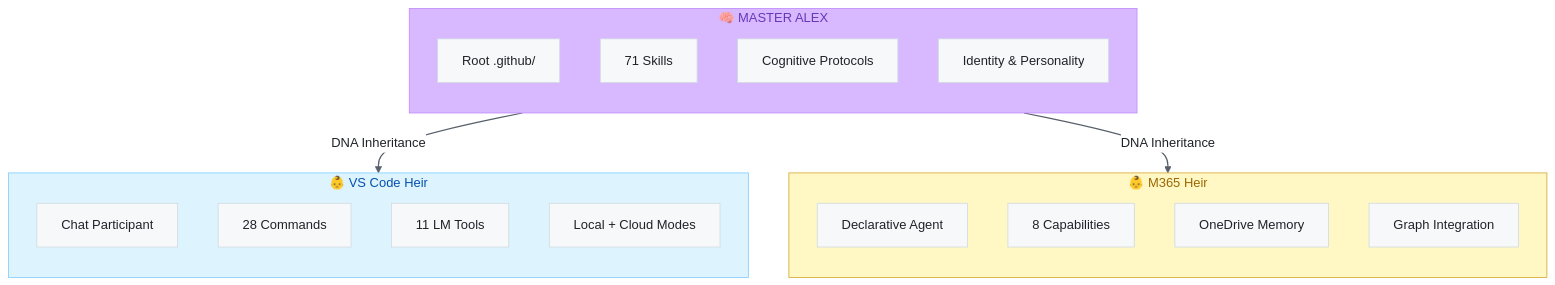
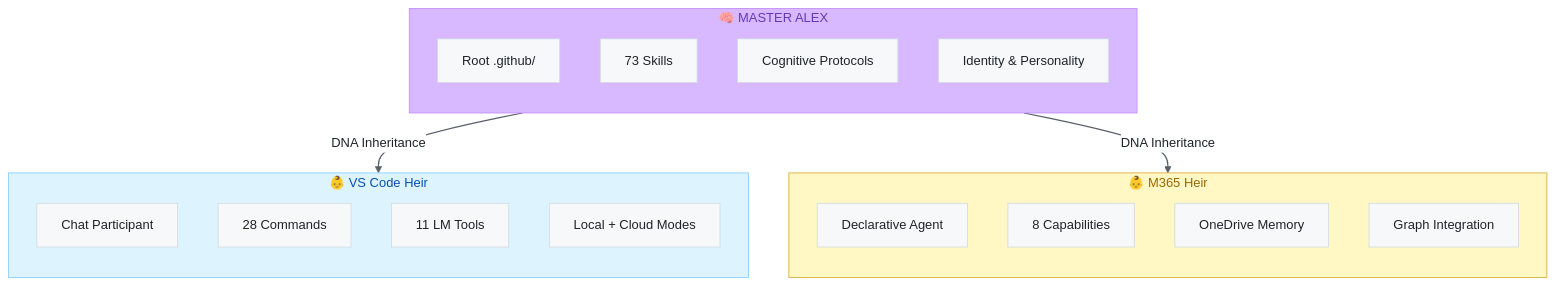
The first of 4 diagrams in ROADMAP-UNIFIED.md (fabioc-aloha/Alex_Plug_In), drawn with Mermaid before and after one commit. The commit also changed 5 other files, not shown here.

````diff
--- a/ROADMAP-UNIFIED.md
+++ b/ROADMAP-UNIFIED.md
@@ -112,35 +112,35 @@
 ```mermaid
 %%{init: {'theme': 'base', 'themeVariables': { 'primaryColor': '#f6f8fa', 'primaryTextColor': '#1f2328', 'primaryBorderColor': '#d1d9e0', 'lineColor': '#656d76', 'secondaryColor': '#f6f8fa', 'tertiaryColor': '#ffffff', 'background': '#ffffff', 'mainBkg': '#f6f8fa', 'nodeBorder': '#d1d9e0', 'edgeLabelBackground': '#fff'}}}%%
 flowchart TB
     subgraph Master["🧠 MASTER ALEX"]
         direction TB
         M1["Root .github/"]
-        M2["71 Skills"]
+        M2["73 Skills"]
         M3["Cognitive Protocols"]
         M4["Identity & Personality"]
     end
 
     subgraph VSCode["👶 VS Code Heir"]
         direction TB
         V1["Chat Participant"]
         V2["28 Commands"]
         V3["11 LM Tools"]
         V4["Local + Cloud Modes"]
     end
 
     subgraph M365["👶 M365 Heir"]
         direction TB
         M365_1["Declarative Agent"]
         M365_2["8 Capabilities"]
         M365_3["OneDrive Memory"]
         M365_4["Graph Integration"]
     end
 
     Master -->|"DNA Inheritance"| VSCode
     Master -->|"DNA Inheritance"| M365
 
     style Master fill:#d8b9ff,color:#6639ba,stroke:#bf8aff
     style VSCode fill:#ddf4ff,color:#0550ae,stroke:#80ccff
     style M365 fill:#fff8c5,color:#9a6700,stroke:#d4a72c
     linkStyle default stroke:#57606a,stroke-width:1.5px
 ```
````
